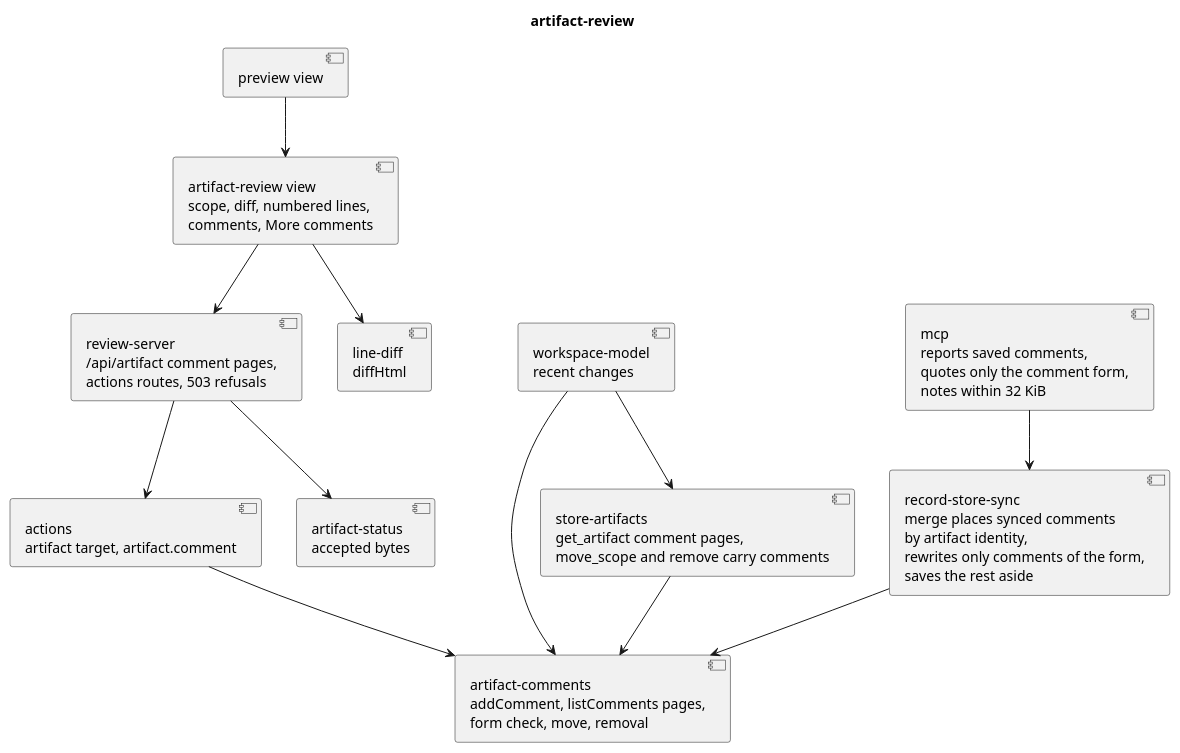
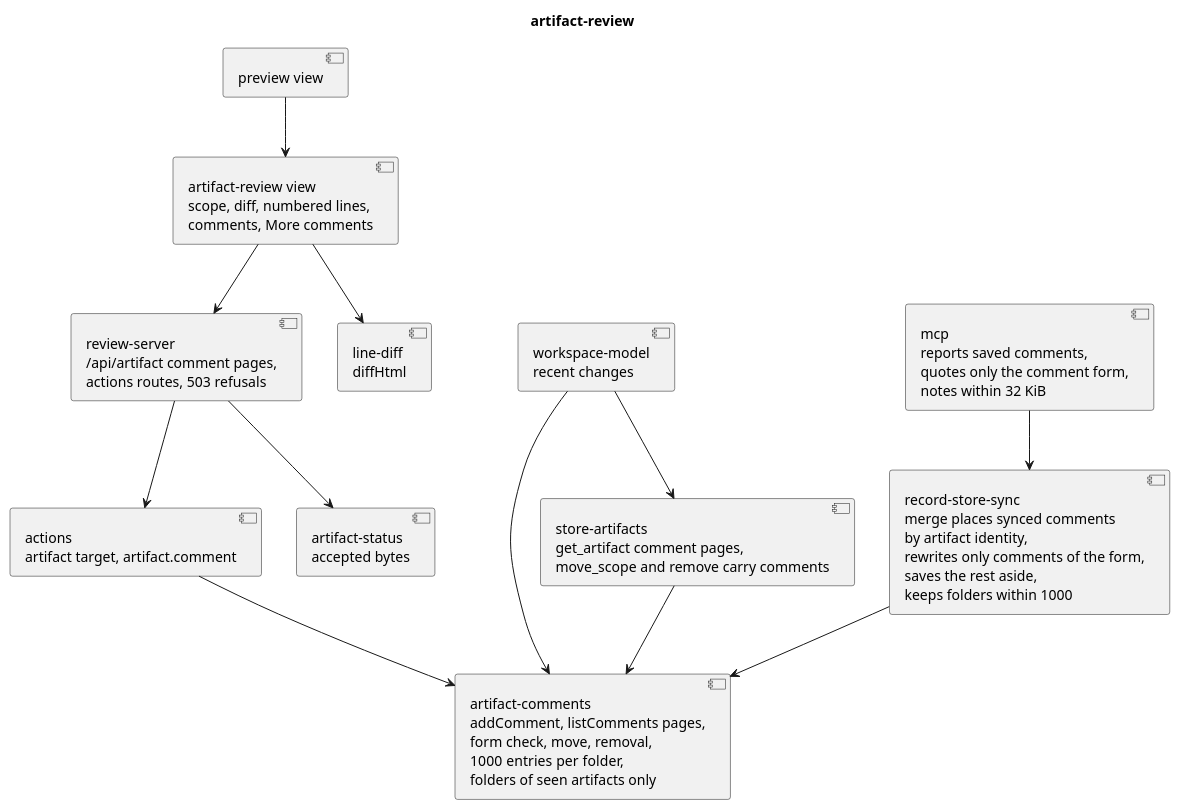
The diagram in docs/plans/workspace-artifacts/artifact-review/code.puml (RumyantsevMichael/Prism), drawn with PlantUML before and after one commit. The commit also changed 6 other files, not shown here.

First line of the commit message:
chore: limit store file sizes and comments per artifact

```diff
--- a/docs/plans/workspace-artifacts/artifact-review/code.puml
+++ b/docs/plans/workspace-artifacts/artifact-review/code.puml
@@ -1,27 +1,27 @@
 @startuml
 title artifact-review
 
-component "artifact-comments\naddComment, listComments pages,\nform check, move, removal" as comments
+component "artifact-comments\naddComment, listComments pages,\nform check, move, removal,\n1000 entries per folder,\nfolders of seen artifacts only" as comments
 component "review-server\n/api/artifact comment pages,\nactions routes, 503 refusals" as server
 component "actions\nartifact target, artifact.comment" as actions
 component "artifact-review view\nscope, diff, numbered lines,\ncomments, More comments" as view
 component "line-diff\ndiffHtml" as diff
 component "preview view" as preview
 component "store-artifacts\nget_artifact comment pages,\nmove_scope and remove carry comments" as tools
 component "artifact-status\naccepted bytes" as status
 component "workspace-model\nrecent changes" as model
-component "record-store-sync\nmerge places synced comments\nby artifact identity,\nrewrites only comments of the form,\nsaves the rest aside" as sync
+component "record-store-sync\nmerge places synced comments\nby artifact identity,\nrewrites only comments of the form,\nsaves the rest aside,\nkeeps folders within 1000" as sync
 component "mcp\nreports saved comments,\nquotes only the comment form,\nnotes within 32 KiB" as mcp
 
 server --> actions
 actions --> comments
 server --> status
 tools --> comments
 model --> comments
 model --> tools
 sync --> comments
 mcp --> sync
 preview --> view
 view --> diff
 view --> server
 @enduml
```
